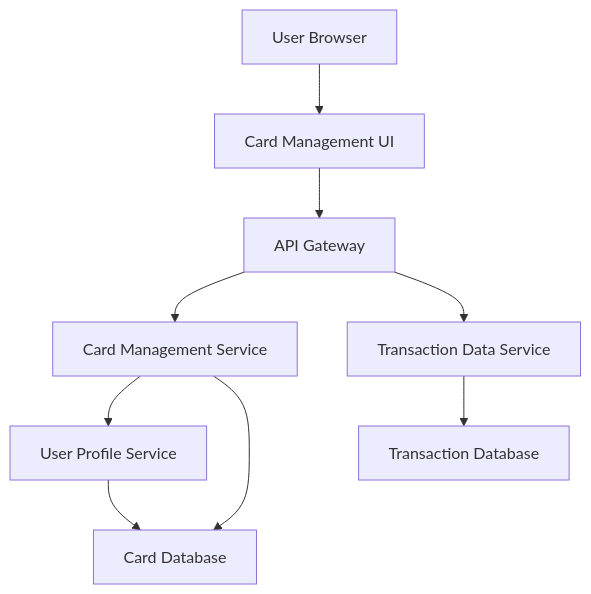
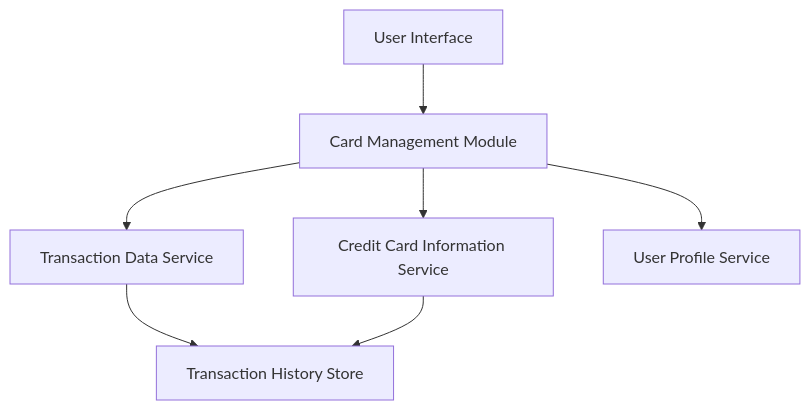
The diagram in HLD/QE-8613_HLD.md (AAVA-Demo/APB_Demo), drawn with Mermaid before and after one commit. The commit also changed other lines of this file and 5 other files, not shown here.

````diff
--- a/HLD/QE-8613_HLD.md
+++ b/HLD/QE-8613_HLD.md
@@ -7,19 +7,15 @@
 ```mermaid
 flowchart TD
-    A["User Browser"]
-    B["Card Management UI"]
-    C["API Gateway"]
-    D["Card Management Service"]
-    E["Transaction Data Service"]
-    F["User Profile Service"]
-    G["Card Database"]
-    H["Transaction Database"]
+    A["User Interface"]
+    B["Card Management Module"]
+    C["Transaction Data Service"]
+    D["Credit Card Information Service"]
+    E["User Profile Service"]
+    F["Transaction History Store"]
     A --> B
     B --> C
-    C --> D
-    C --> E
+    B --> D
+    B --> E
+    C --> F
     D --> F
-    D --> G
-    E --> H
-    F --> G
 ```
````
